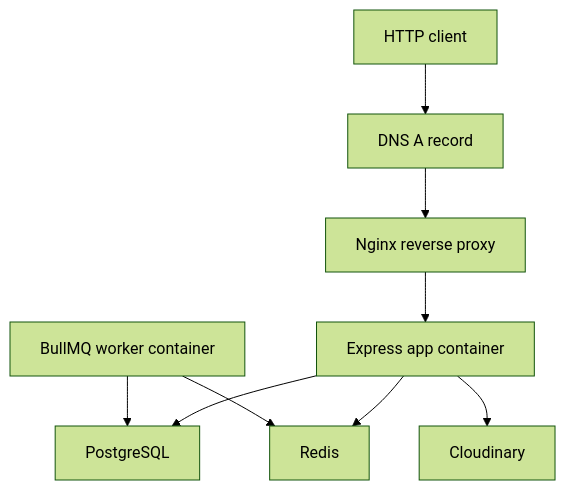
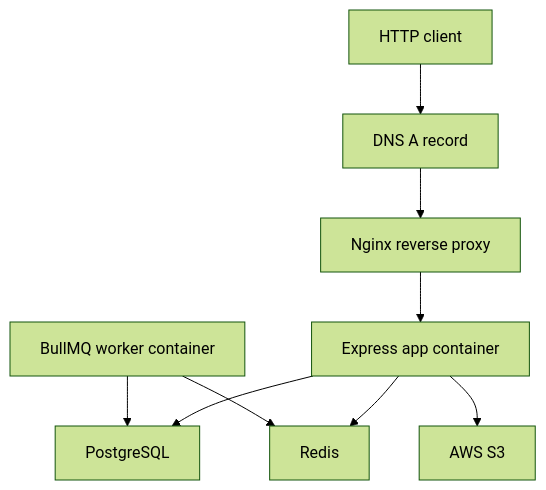
One commit to tushar-gour/streamly-server changed the second of 2 diagrams in docs/SYSTEM_DESIGN.md. Above: the diagram before and after it, drawn with Mermaid (forest theme). The commit also changed other lines of this file and 18 other files, not shown here.

````diff
--- a/docs/SYSTEM_DESIGN.md
+++ b/docs/SYSTEM_DESIGN.md
@@ -163,11 +163,11 @@
 ```mermaid
 flowchart TD
     Internet["HTTP client"] --> DNS["DNS A record"]
     DNS --> Nginx["Nginx reverse proxy"]
     Nginx --> App["Express app container"]
     App --> Postgres["PostgreSQL"]
     App --> Redis["Redis"]
-    App --> Cloudinary["Cloudinary"]
+    App --> S3["AWS S3"]
     Worker["BullMQ worker container"] --> Redis
     Worker --> Postgres
 ```
````
